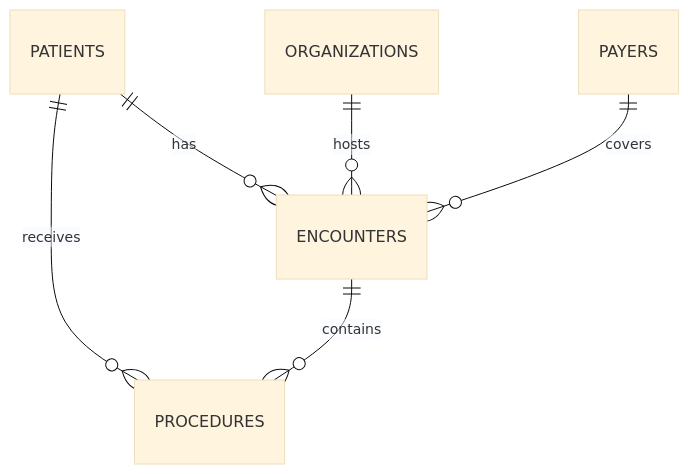
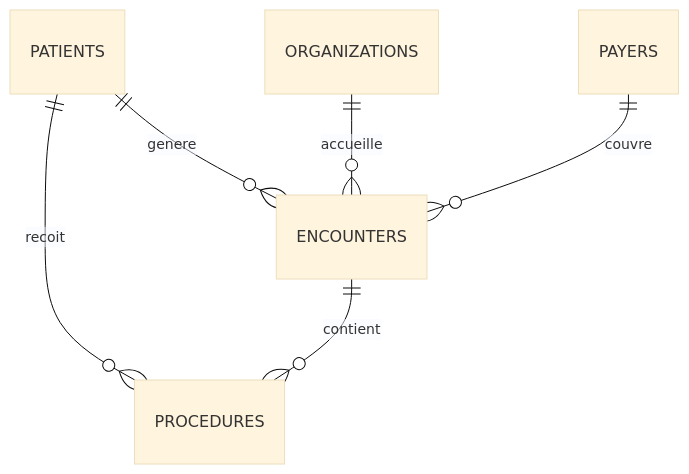
Before and after one commit to juleescourne/hospital-sql-analytics: the diagram in README.md, drawn with Mermaid (base theme). The commit also changed other lines of this file and 3 other files, not shown here.

````diff
--- a/README.md
+++ b/README.md
@@ -110,8 +57,8 @@
 ```mermaid
 erDiagram
-    PATIENTS ||--o{ ENCOUNTERS : has
-    ORGANIZATIONS ||--o{ ENCOUNTERS : hosts
-    PAYERS ||--o{ ENCOUNTERS : covers
-    PATIENTS ||--o{ PROCEDURES : receives
-    ENCOUNTERS ||--o{ PROCEDURES : contains
+    PATIENTS ||--o{ ENCOUNTERS : genere
+    ORGANIZATIONS ||--o{ ENCOUNTERS : accueille
+    PAYERS ||--o{ ENCOUNTERS : couvre
+    PATIENTS ||--o{ PROCEDURES : recoit
+    ENCOUNTERS ||--o{ PROCEDURES : contient
 ```
````
